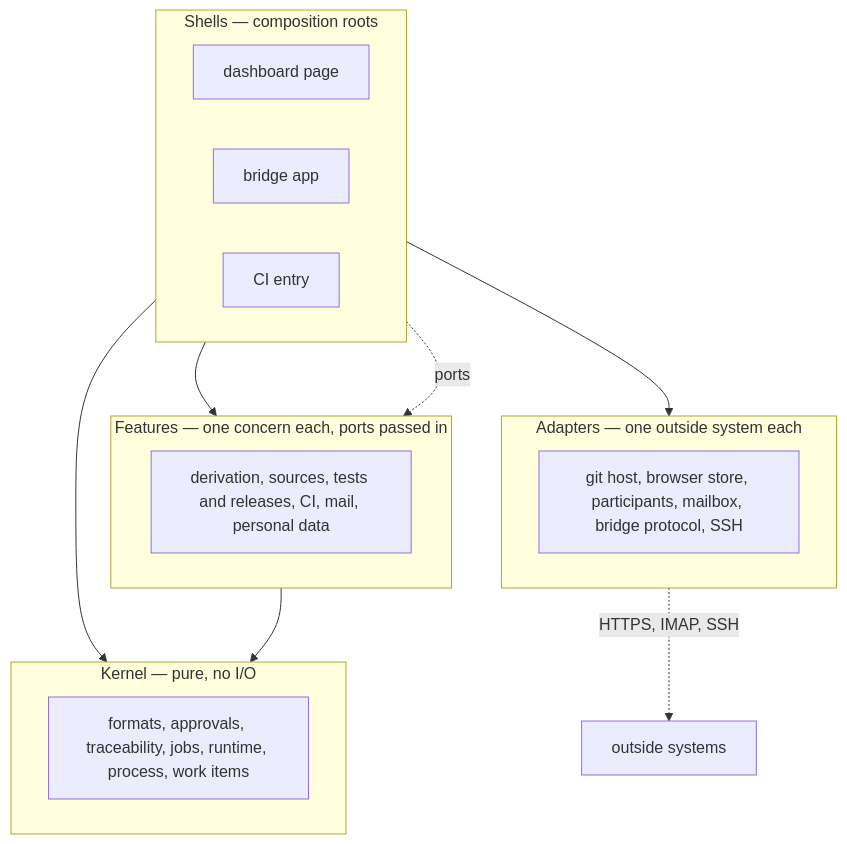
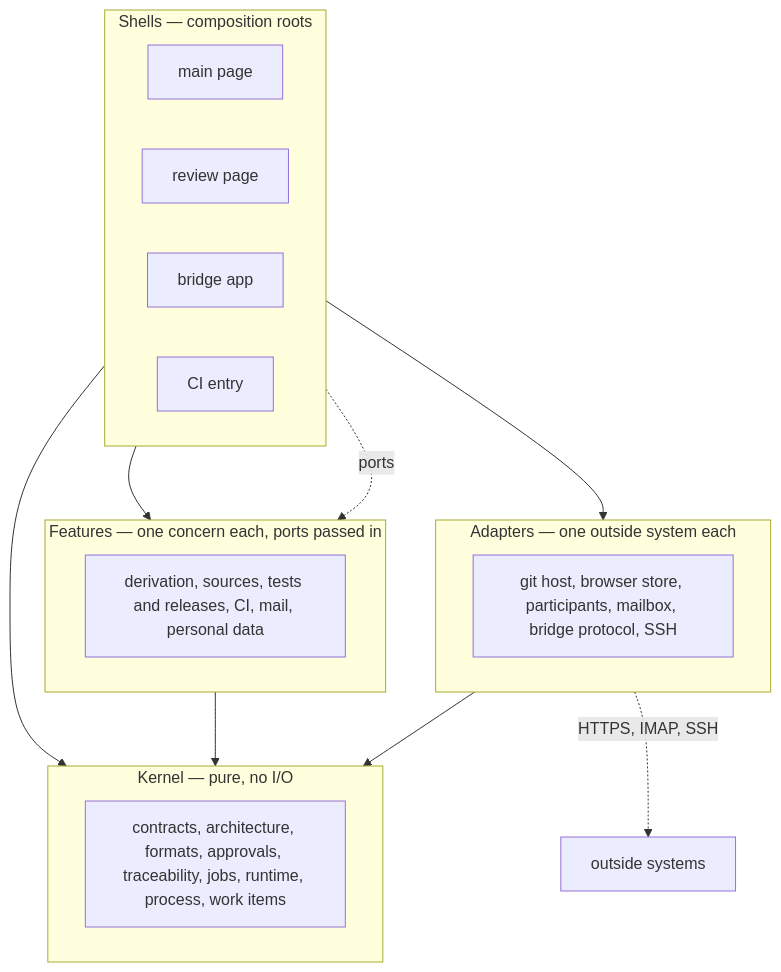
The diagram in docs/architecture/ARC-003-layers-core-adapters-store-ui.md (akmaier/agent-m), drawn with Mermaid before and after one commit. The commit also changed other lines of this file and 49 other files, not shown here.

````diff
--- a/docs/architecture/ARC-003-layers-core-adapters-store-ui.md
+++ b/docs/architecture/ARC-003-layers-core-adapters-store-ui.md
@@ -107,23 +95,25 @@
 ```mermaid
 flowchart TB
     subgraph SH["Shells — composition roots"]
-        DASH["dashboard page"]
+        MAIN["main page"]
+        REV["review page"]
         APP["bridge app"]
         CIE["CI entry"]
     end
     subgraph FE["Features — one concern each, ports passed in"]
         F["derivation, sources, tests and releases, CI, mail, personal data"]
     end
     subgraph KE["Kernel — pure, no I/O"]
-        K["formats, approvals, traceability, jobs, runtime, process, work items"]
+        K["contracts, architecture, formats, approvals, traceability, jobs, runtime, process, work items"]
     end
     subgraph AD["Adapters — one outside system each"]
         A["git host, browser store, participants, mailbox, bridge protocol, SSH"]
     end
     SH --> FE
     SH --> KE
     SH --> AD
     FE --> KE
+    AD --> KE
     SH -. "ports" .-> FE
     AD -.->|HTTPS, IMAP, SSH| EXT["outside systems"]
 ```
````
